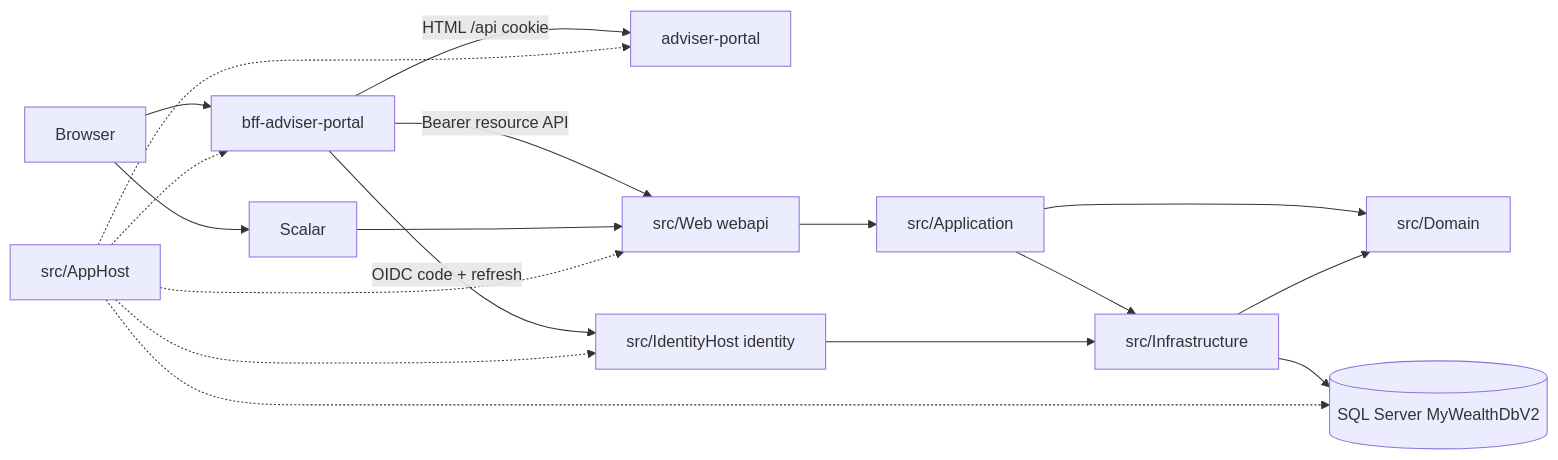
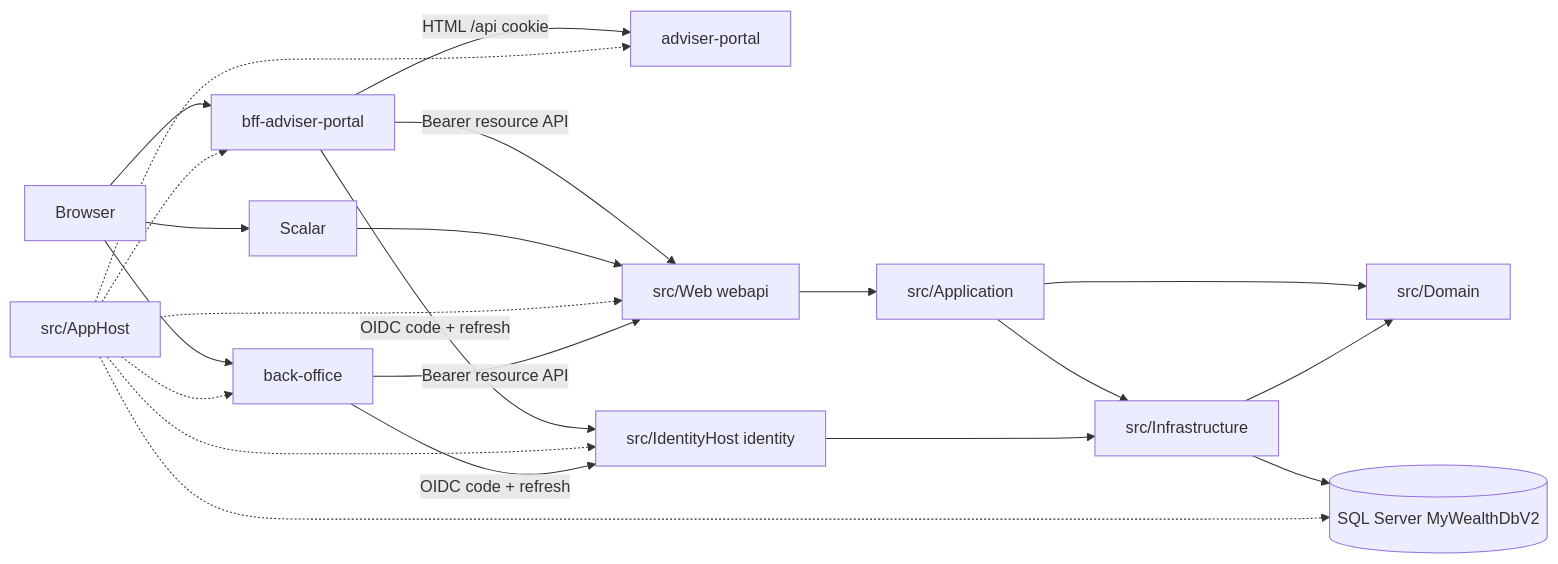
The diagram in docs/architecture.md (louis297/MyWealthV2), drawn with Mermaid before and after one commit. The commit also changed other lines of this file and 6 other files, not shown here.

Commit message:
Record the landed Back Office host in the accepted docs.

````diff
--- a/docs/architecture.md
+++ b/docs/architecture.md
@@ -33,20 +33,24 @@
 ```mermaid
 flowchart LR
   Browser[Browser] --> Bff[bff-adviser-portal]
   Browser --> Scalar[Scalar]
   Bff -->|HTML /api cookie| Portal[adviser-portal]
   Bff -->|OIDC code + refresh| Id[src/IdentityHost identity]
   Bff -->|Bearer resource API| Web[src/Web webapi]
   Scalar --> Web
   Web --> App[src/Application]
   App --> Domain[src/Domain]
   App --> Infra[src/Infrastructure]
   Id --> Infra
   Infra --> Domain
   Infra --> Sql[(SQL Server MyWealthDbV2)]
   AppHost[src/AppHost] -.-> Id
   AppHost -.-> Web
   AppHost -.-> Sql
+  Browser --> Bo[back-office]
+  Bo -->|OIDC code + refresh| Id
+  Bo -->|Bearer resource API| Web
   AppHost -.-> Bff
   AppHost -.-> Portal
+  AppHost -.-> Bo
 ```
````
